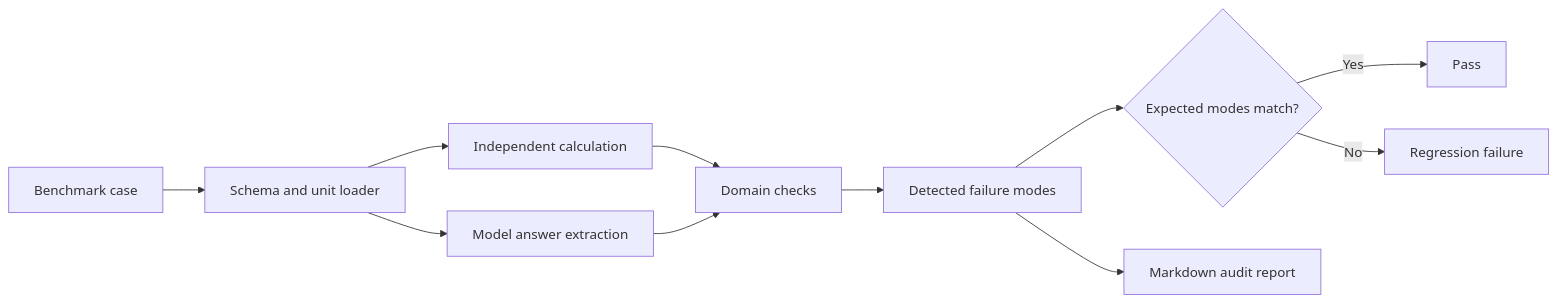
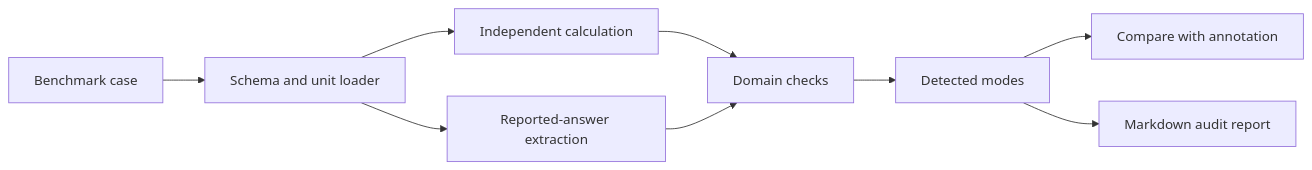
One commit to 500ft/engineering-audit changed the diagram in README.md. Above: the diagram before and after it, drawn with Mermaid. The commit also changed other lines of this file and 4 other files, not shown here.

````diff
--- a/README.md
+++ b/README.md
@@ -29,13 +19,11 @@
 ```mermaid
 flowchart LR
-    A[Benchmark case] --> B[Schema and unit loader]
-    B --> C[Independent calculation]
-    B --> D[Model answer extraction]
-    C --> E[Domain checks]
-    D --> E
-    E --> F[Detected failure modes]
-    F --> G{Expected modes match?}
-    G -- Yes --> H[Pass]
-    G -- No --> I[Regression failure]
-    F --> J[Markdown audit report]
+    C[Benchmark case] --> L[Schema and unit loader]
+    L --> R[Independent calculation]
+    L --> X[Reported-answer extraction]
+    R --> A[Domain checks]
+    X --> A
+    A --> M[Detected modes]
+    M --> E[Compare with annotation]
+    M --> P[Markdown audit report]
 ```
````
